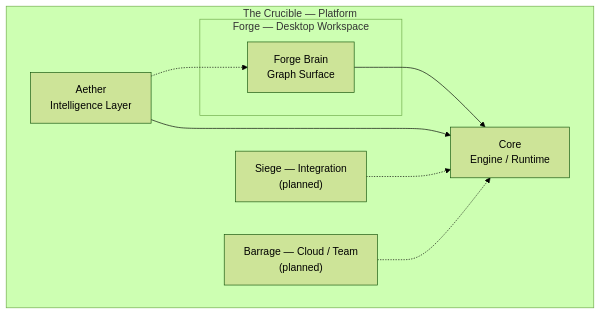
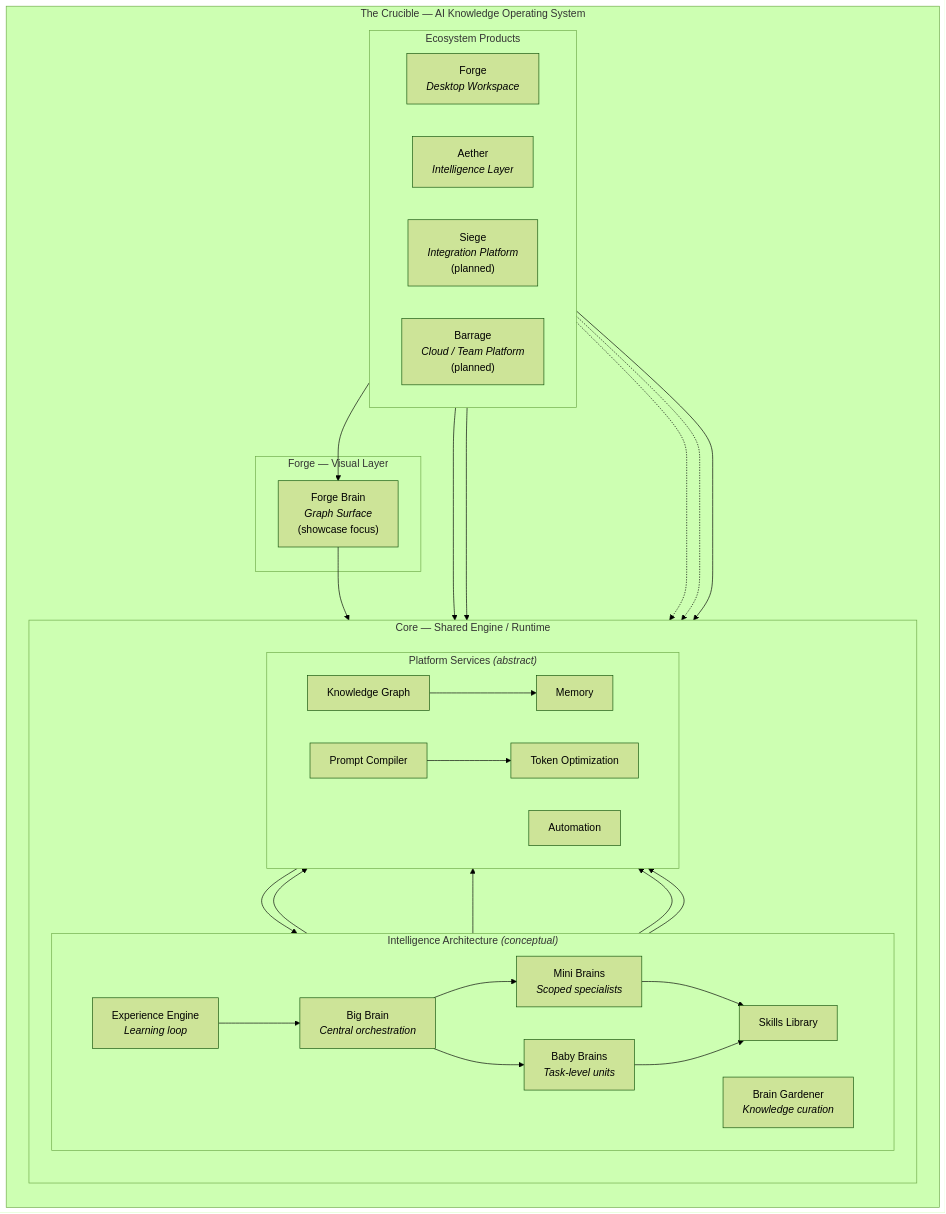
One commit to BattleBoundBrandingGit/crucible-forge-demo changed the first of 4 diagrams in README.md. Above: the diagram before and after it, drawn with Mermaid (forest theme). The commit also changed other lines of this file and 5 other files, not shown here.

Commit message:
docs: add public architecture diagrams

````diff
--- a/README.md
+++ b/README.md
@@ -50,18 +34,61 @@
 ```mermaid
 graph TB
-    subgraph crucible["The Crucible — Platform"]
-        subgraph forgeBox["Forge — Desktop Workspace"]
-            fb["Forge Brain<br/>Graph Surface"]
+    subgraph akos["The Crucible — AI Knowledge Operating System"]
+        direction TB
+
+        subgraph products["Ecosystem Products"]
+            direction LR
+            forge["Forge<br/><i>Desktop Workspace</i>"]
+            aether["Aether<br/><i>Intelligence Layer</i>"]
+            siege["Siege<br/><i>Integration Platform</i><br/>(planned)"]
+            barrage["Barrage<br/><i>Cloud / Team Platform</i><br/>(planned)"]
         end
-        core["Core<br/>Engine / Runtime"]
-        aether["Aether<br/>Intelligence Layer"]
-        siege["Siege — Integration<br/>(planned)"]
-        barrage["Barrage — Cloud / Team<br/>(planned)"]
+
+        subgraph forgeLayer["Forge — Visual Layer"]
+            fb["Forge Brain<br/><i>Graph Surface</i><br/>(showcase focus)"]
+        end
+
+        subgraph core["Core — Shared Engine / Runtime"]
+            direction TB
+
+            subgraph intelligence["Intelligence Architecture <i>(conceptual)</i>"]
+                direction LR
+                bb["Big Brain<br/><i>Central orchestration</i>"]
+                mb["Mini Brains<br/><i>Scoped specialists</i>"]
+                baby["Baby Brains<br/><i>Task-level units</i>"]
+                sl["Skills Library"]
+                ee["Experience Engine<br/><i>Learning loop</i>"]
+                bg["Brain Gardener<br/><i>Knowledge curation</i>"]
+            end
+
+            subgraph services["Platform Services <i>(abstract)</i>"]
+                direction LR
+                kg["Knowledge Graph"]
+                mem["Memory"]
+                pc["Prompt Compiler"]
+                to["Token Optimization"]
+                auto["Automation"]
+            end
+        end
     end
 
-    fb --> core
-    aether --> core
-    aether -.-> fb
+    forge --> fb
+    fb --> bb
+    bb --> mb
+    bb --> baby
+    mb --> sl
+    baby --> sl
+    bb --> kg
+    kg --> mem
+    bb --> pc
+    pc --> to
+    ee --> bb
+    bg --> kg
+    bg --> mem
+    aether --> bb
+    aether --> kg
+    auto --> bb
     siege -.-> core
     barrage -.-> core
+    forge --> core
 ```
````
